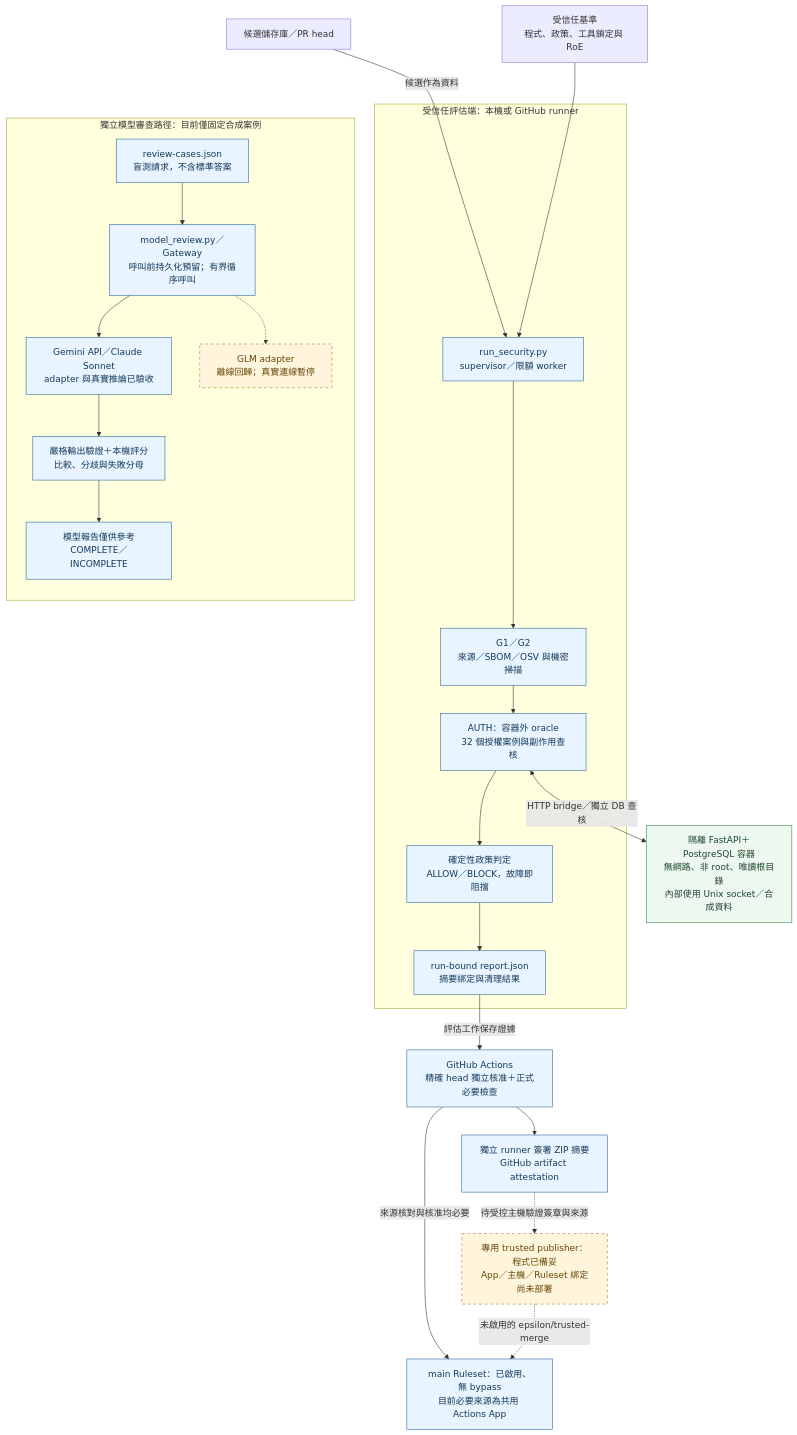
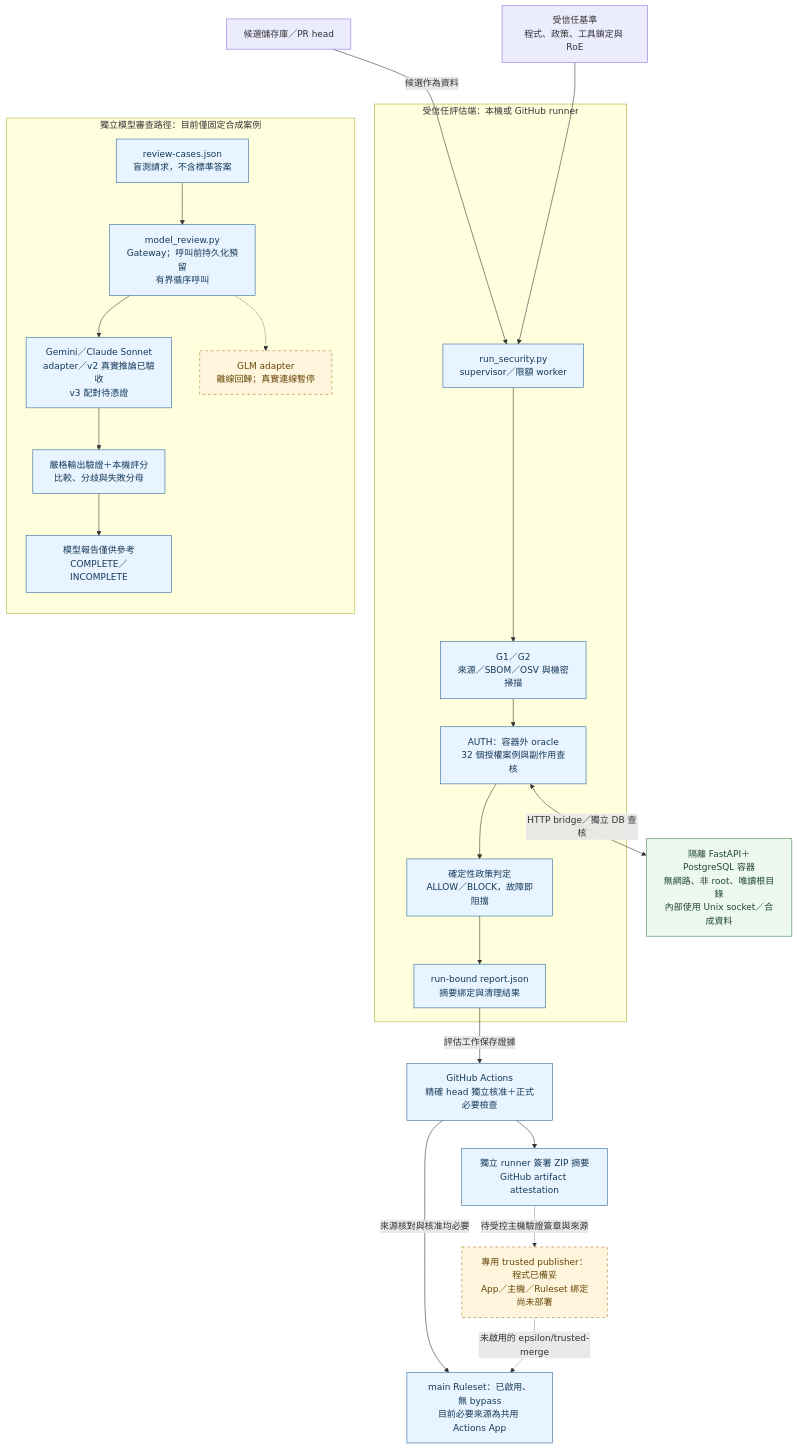
The diagram in docs/diagrams/architecture-overview.mmd (chinchiang/MultiAgentEpsilon), drawn with Mermaid before and after one commit. The commit also changed 2 other files, not shown here.

```diff
--- a/docs/diagrams/architecture-overview.mmd
+++ b/docs/diagrams/architecture-overview.mmd
@@ -1,52 +1,52 @@
 flowchart TB
     Source["候選儲存庫／PR head"]
     Trust["受信任基準<br/>程式、政策、工具鎖定與 RoE"]
 
     subgraph Evaluator["受信任評估端：本機或 GitHub runner"]
         Run["run_security.py<br/>supervisor／限額 worker"]
         Scan["G1／G2<br/>來源／SBOM／OSV 與機密掃描"]
         Oracle["AUTH：容器外 oracle<br/>32 個授權案例與副作用查核"]
         Decision["確定性政策判定<br/>ALLOW／BLOCK，故障即阻擋"]
         Report["run-bound report.json<br/>摘要綁定與清理結果"]
         Run --> Scan --> Oracle --> Decision --> Report
     end
 
     Isolation["隔離 FastAPI＋PostgreSQL 容器<br/>無網路、非 root、唯讀根目錄<br/>內部使用 Unix socket／合成資料"]
 
     Source -->|"候選作為資料"| Run
     Trust --> Run
     Oracle <-->|"HTTP bridge／獨立 DB 查核"| Isolation
 
     subgraph ModelPath["獨立模型審查路徑：目前僅固定合成案例"]
         direction TB
         Cases["review-cases.json<br/>盲測請求，不含標準答案"]
-        Gateway["model_review.py／Gateway<br/>呼叫前持久化預留；有界循序呼叫"]
-        Live["Gemini API／Claude Sonnet<br/>adapter 與真實推論已驗收"]
+        Gateway["model_review.py<br/>Gateway；呼叫前持久化預留<br/>有界循序呼叫"]
+        Live["Gemini／Claude Sonnet<br/>adapter／v2 真實推論已驗收<br/>v3 配對待憑證"]
         GLM["GLM adapter<br/>離線回歸；真實連線暫停"]
         Score["嚴格輸出驗證＋本機評分<br/>比較、分歧與失敗分母"]
         Advisory["模型報告僅供參考<br/>COMPLETE／INCOMPLETE"]
         Cases --> Gateway
         Gateway --> Live --> Score
         Gateway -.-> GLM
         Score --> Advisory
     end
 
     %% 僅對齊兩條獨立路徑，沒有資料交換。
     Source ~~~ Cases
 
     CI["GitHub Actions<br/>精確 head 獨立核准＋正式必要檢查"]
     Signed["獨立 runner 簽署 ZIP 摘要<br/>GitHub artifact attestation"]
     Rules["main Ruleset：已啟用、無 bypass<br/>目前必要來源為共用 Actions App"]
     Publisher["專用 trusted publisher：程式已備妥<br/>App／主機／Ruleset 綁定尚未部署"]
     Report -->|"評估工作保存證據"| CI
     CI --> Signed
     CI -->|"來源核對與核准均必要"| Rules
     Signed -.->|"待受控主機驗證簽章與來源"| Publisher
     Publisher -.->|"未啟用的 epsilon/trusted-merge"| Rules
 
     classDef implemented fill:#e8f4ff,stroke:#28629b,color:#153958;
     classDef isolated fill:#edf8ef,stroke:#3a8051,color:#21472e;
     classDef pending fill:#fff4dc,stroke:#a67822,stroke-dasharray:5 5,color:#664708;
     class Run,Scan,Oracle,Decision,Report,Cases,Gateway,Live,Score,Advisory,CI,Signed,Rules implemented;
     class Isolation isolated;
     class GLM,Publisher pending;
```
